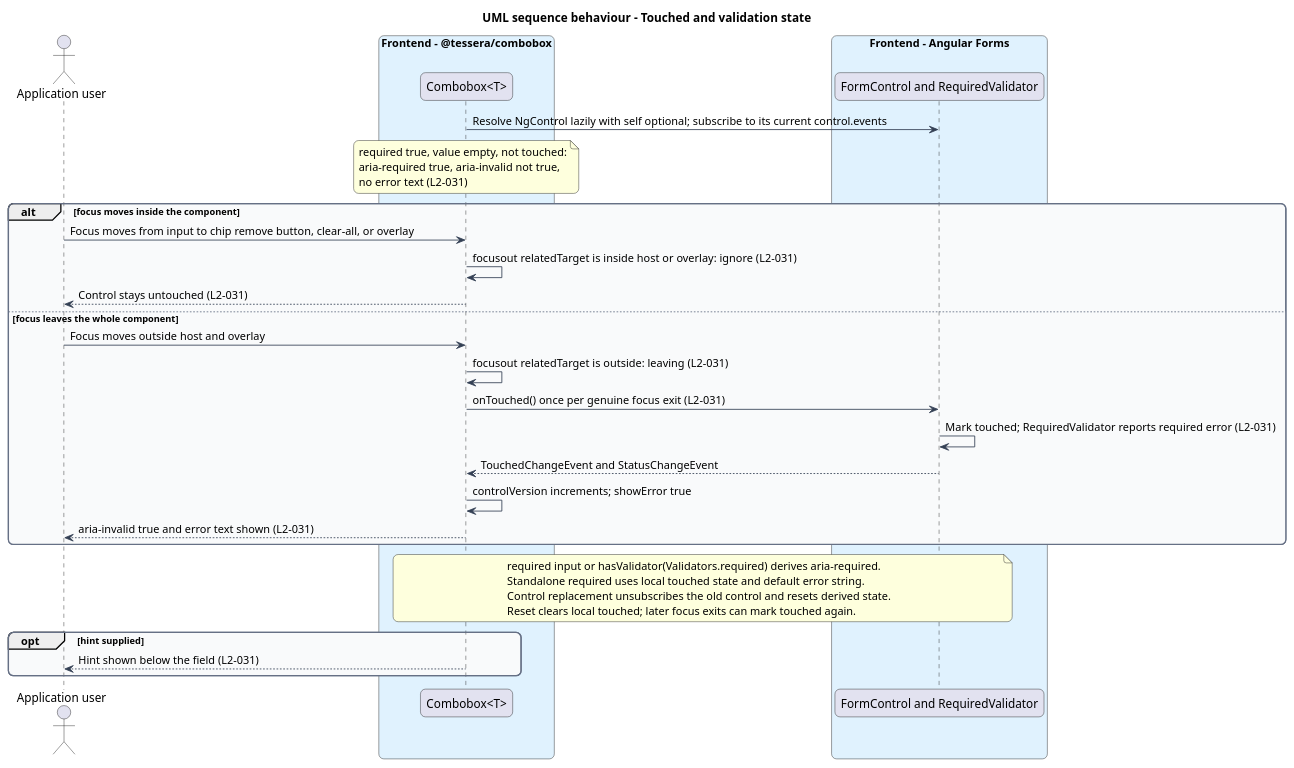
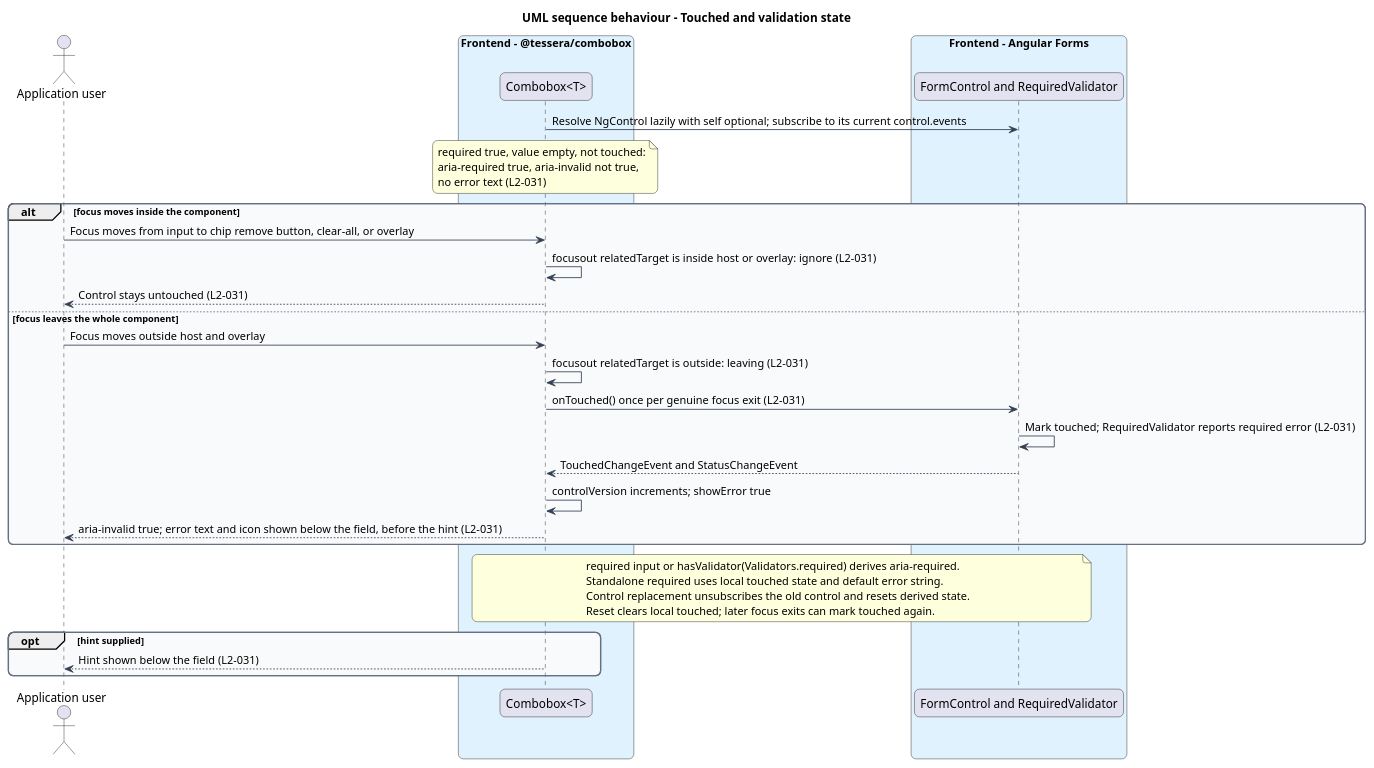
The diagram in docs/detailed-designs/combobox/integrate-forms/diagrams/sequence-touched-validation.puml (QuinntyneBrown/Tessera), drawn with PlantUML before and after one commit. The commit also changed 26 other files, not shown here.

```diff
--- a/docs/detailed-designs/combobox/integrate-forms/diagrams/sequence-touched-validation.puml
+++ b/docs/detailed-designs/combobox/integrate-forms/diagrams/sequence-touched-validation.puml
@@ -1,53 +1,53 @@
 @startuml
 title UML sequence behaviour - Touched and validation state
 skinparam backgroundColor #FFFFFF
 skinparam shadowing false
 skinparam roundcorner 12
 skinparam defaultFontName Arial
 skinparam ArrowColor #344054
 skinparam rectangle {
   BorderColor #344054
   FontColor #101828
 }
 skinparam package {
   BorderColor #667085
   FontColor #101828
   BackgroundColor #F9FAFB
 }
 actor "Application user" as user
 box "Frontend - @tessera/combobox" #E0F2FE
   participant "Combobox<T>" as combo
 end box
 box "Frontend - Angular Forms" #E0F2FE
   participant "FormControl and RequiredValidator" as fc
 end box
 
 combo -> fc : Resolve NgControl lazily with self optional; subscribe to its current control.events
 note over combo
   required true, value empty, not touched:
   aria-required true, aria-invalid not true,
   no error text (L2-031)
 end note
 alt focus moves inside the component
   user -> combo : Focus moves from input to chip remove button, clear-all, or overlay
   combo -> combo : focusout relatedTarget is inside host or overlay: ignore (L2-031)
   combo --> user : Control stays untouched (L2-031)
 else focus leaves the whole component
   user -> combo : Focus moves outside host and overlay
   combo -> combo : focusout relatedTarget is outside: leaving (L2-031)
   combo -> fc : onTouched() once per genuine focus exit (L2-031)
   fc -> fc : Mark touched; RequiredValidator reports required error (L2-031)
   fc --> combo : TouchedChangeEvent and StatusChangeEvent
   combo -> combo : controlVersion increments; showError true
-  combo --> user : aria-invalid true and error text shown (L2-031)
+  combo --> user : aria-invalid true; error text and icon shown below the field, before the hint (L2-031)
 end
 note over combo, fc
   required input or hasValidator(Validators.required) derives aria-required.
   Standalone required uses local touched state and default error string.
   Control replacement unsubscribes the old control and resets derived state.
   Reset clears local touched; later focus exits can mark touched again.
 end note
 opt hint supplied
   combo --> user : Hint shown below the field (L2-031)
 end
 @enduml
```
